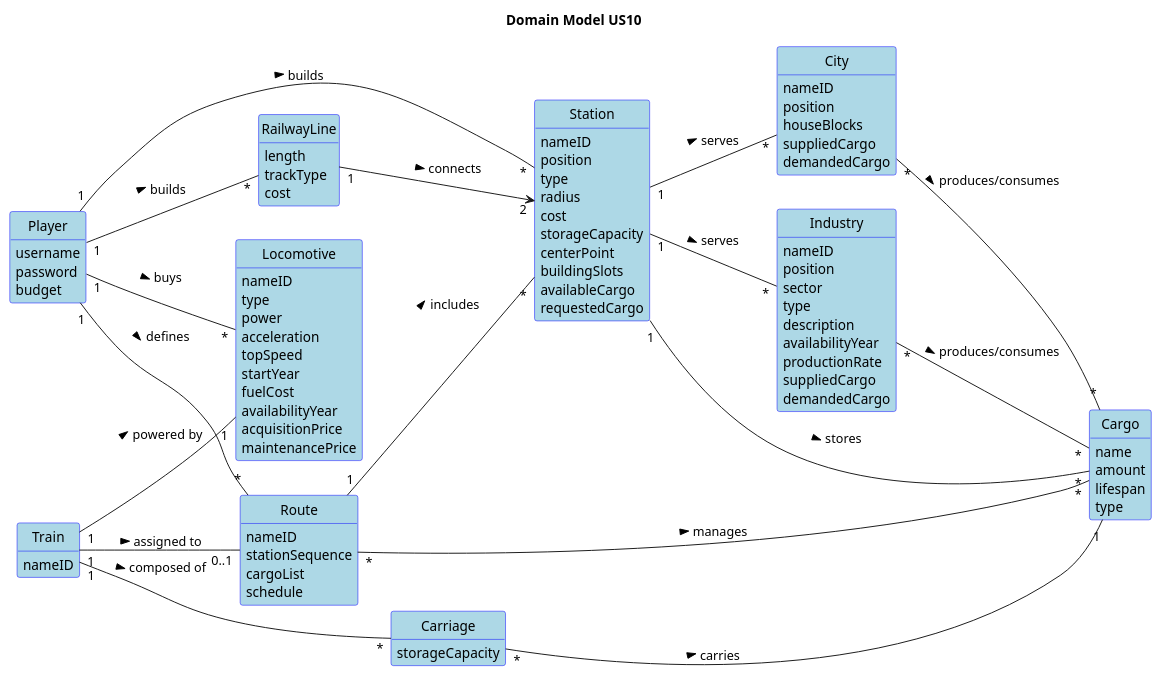
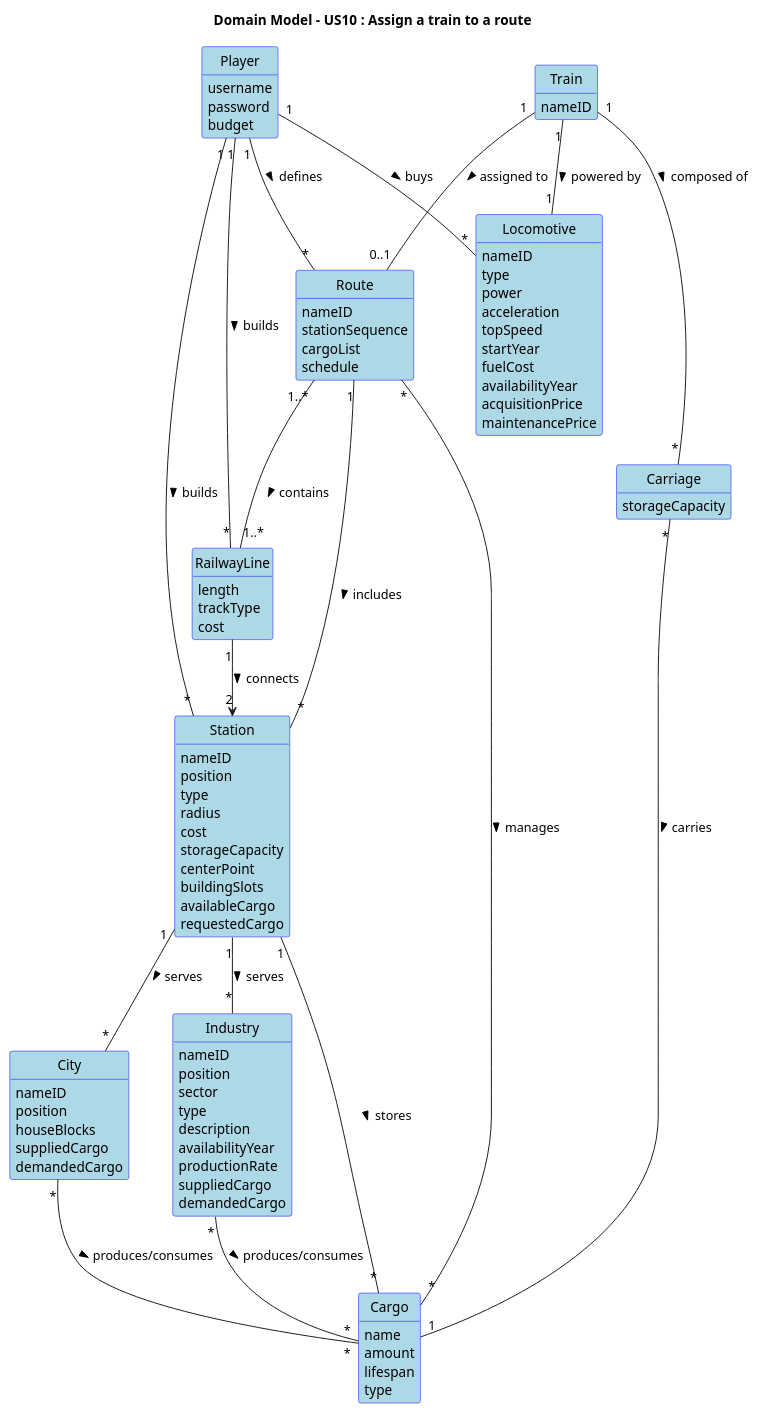
The diagram in docs/system-documentation/Sprint 1/US10/02.analysis/puml/US010-DM.puml (HenriqueSilva18/Railway-Network-Simulator), drawn with PlantUML before and after one commit. The commit also changed 7 other files, not shown here.

```diff
--- a/docs/system-documentation/Sprint 1/US10/02.analysis/puml/US010-DM.puml
+++ b/docs/system-documentation/Sprint 1/US10/02.analysis/puml/US010-DM.puml
@@ -1,122 +1,122 @@
 @startuml
 skinparam packageStyle rectangle
 skinparam shadowing false
 skinparam classAttributeIconSize 0
 skinparam class {
   BackgroundColor LightBlue
   BorderColor Blue
 }
 
-left to right direction
 
 skinparam classAttributeIconSize 0
 
 hide circle
 hide methods
 
-title Domain Model US10
+title Domain Model - US10 : Assign a train to a route
 
 class Player {
   username
   password
   budget
 }
 
 class City {
   nameID
   position
   houseBlocks
   suppliedCargo
   demandedCargo
 }
 
 class Industry {
   nameID
   position
   sector
   type
   description
   availabilityYear
   productionRate
   suppliedCargo
   demandedCargo
 }
 
 class Station {
   nameID
   position
   type
   radius
   cost
   storageCapacity
   centerPoint
   buildingSlots
   availableCargo
   requestedCargo
 }
 
 class RailwayLine {
   length
   trackType
   cost
 }
 
 class Locomotive {
   nameID
   type
   power
   acceleration
   topSpeed
   startYear
   fuelCost
   availabilityYear
   acquisitionPrice
   maintenancePrice
 }
 
 class Route {
   nameID
   stationSequence
   cargoList
   schedule
 }
 
 class Carriage {
   storageCapacity
 }
 
 class Cargo {
   name
   amount
   lifespan
   type
 }
 
 class Train {
   nameID
 }
 
 Player "1" -- "*" Station : builds >
 Player "1" -- "*" RailwayLine : builds >
 Player "1" -- "*" Locomotive : buys >
 Player "1" -- "*" Route: defines >
 
 Route "1" -- "*" Station : includes >
 Route "*" -- "*" Cargo : manages >
 
 Train "1" -- "1" Locomotive : powered by >
 Train "1" -- "0..1" Route : assigned to >
 Train "1" -- "*" Carriage : composed of >
 
 RailwayLine "1" --> "2" Station : connects >
 
 Station "1" -- "*" Cargo : stores >
 Station "1" -- "*" City : serves >
 Station "1" -- "*" Industry : serves >
 
 Carriage "*" -- "1" Cargo : carries >
+Route "1..*"-- "1..*" RailwayLine: contains >
 
 Industry "*" -- "*" Cargo : produces/consumes >
 
 City "*" -- "*" Cargo : produces/consumes >
 @enduml
```
